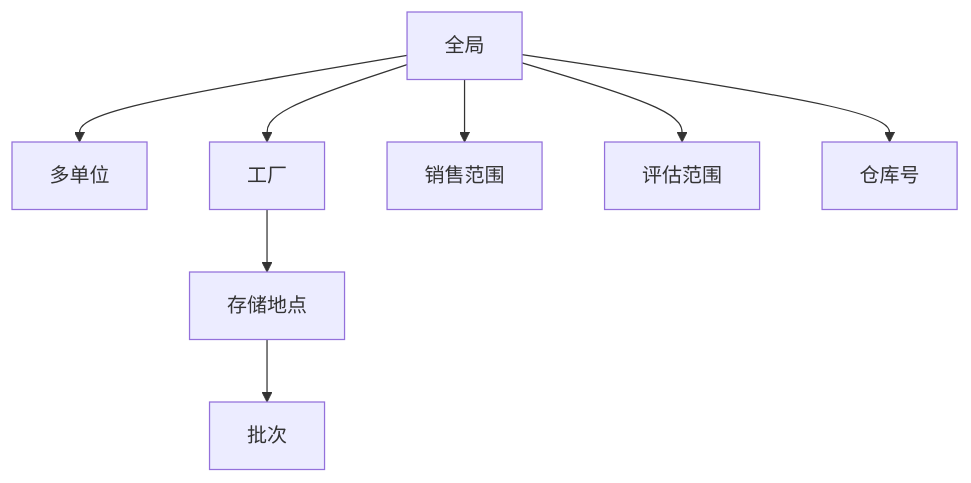
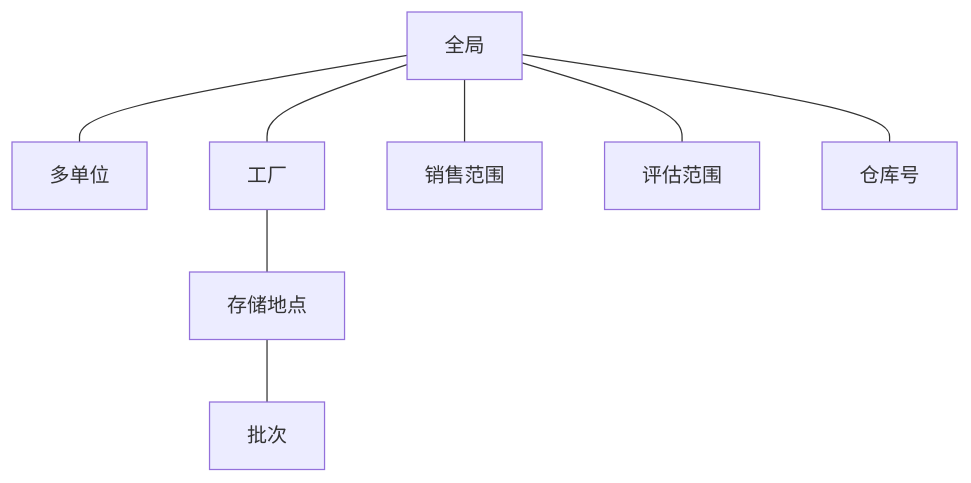
The diagram in MM_GUIDE/MM_GUIDE.md (OutKeal/SAP_MM_GUIDE), drawn with Mermaid before and after one commit. The commit also changed other lines of this file, not shown here.

````diff
--- a/MM_GUIDE/MM_GUIDE.md
+++ b/MM_GUIDE/MM_GUIDE.md
@@ -147,10 +147,10 @@
 ```mermaid
 graph TD;
-全局-->多单位
-全局-->工厂
-全局-->销售范围
-全局-->评估范围
-工厂-->存储地点
-存储地点-->批次
-全局-->仓库号
+全局---多单位
+全局---工厂
+全局---销售范围
+全局---评估范围
+工厂---存储地点
+存储地点---批次
+全局---仓库号
 ```
````
